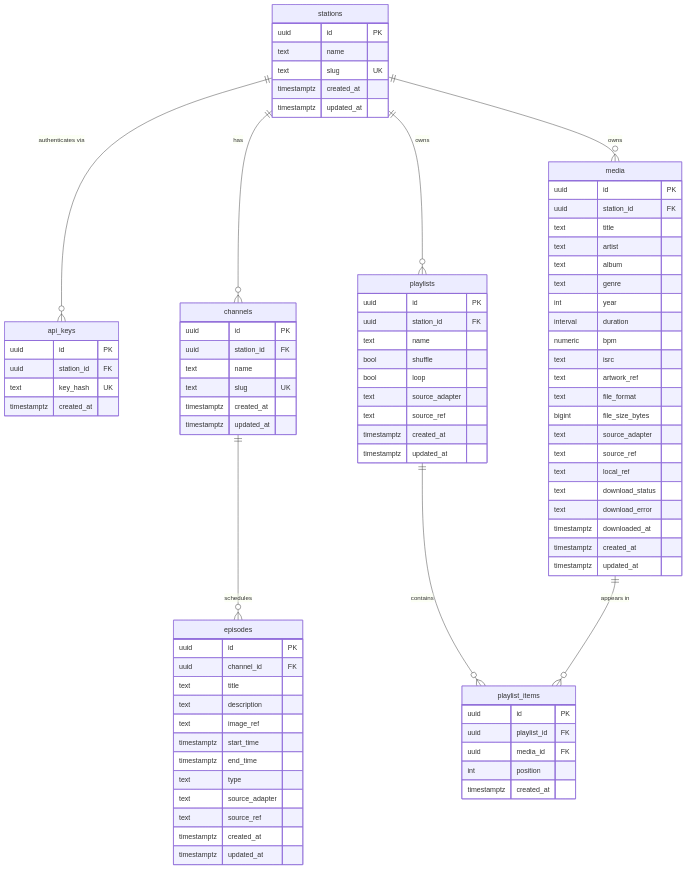
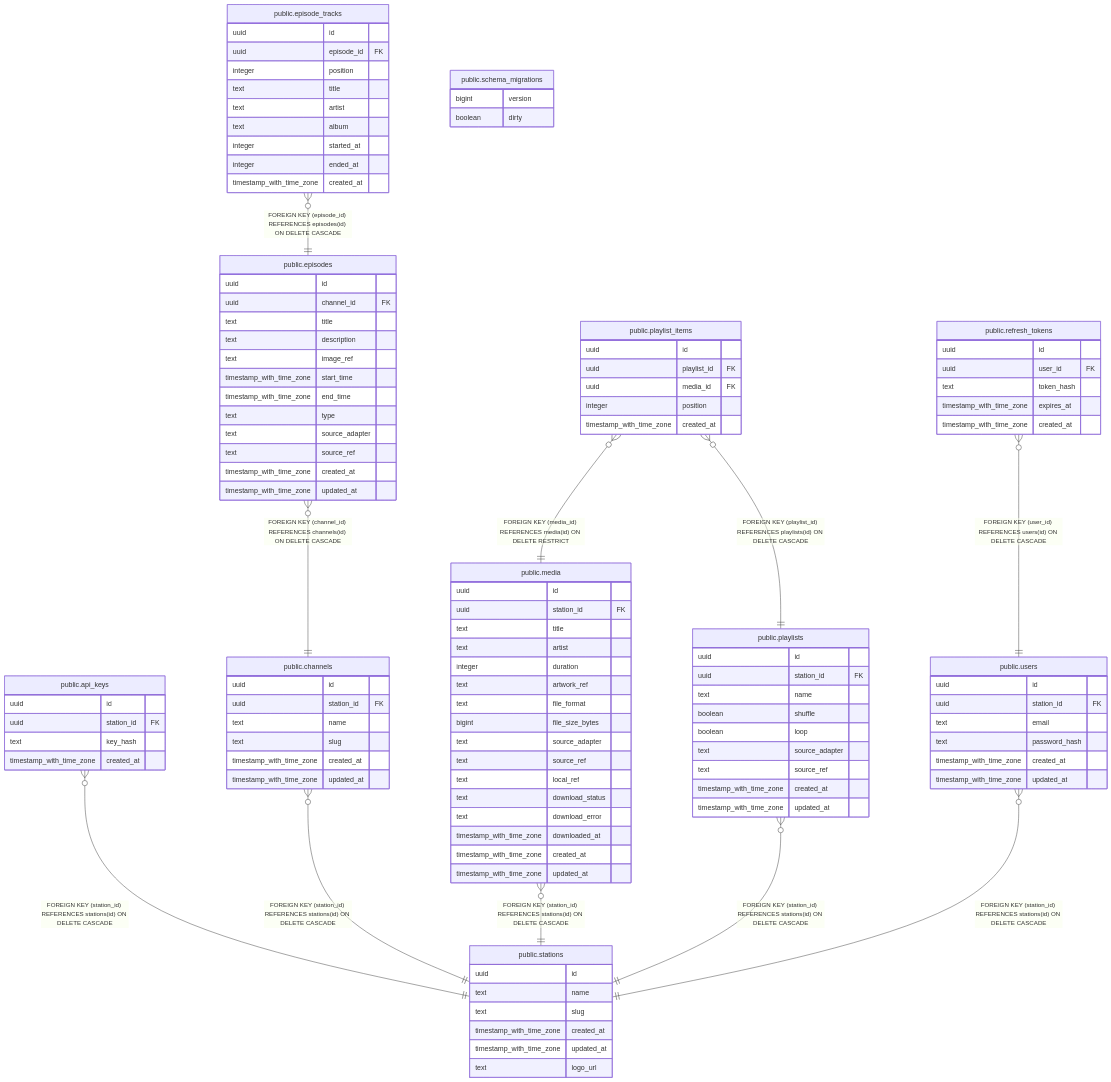
The diagram in api/internal/database/SCHEMA.md (jackmurraybrown/radioooooo), drawn with Mermaid before and after one commit. The commit also changed other lines of this file and 3 other files, not shown here.

Commit message:
generate database diagrams with tbls

````diff
--- a/api/internal/database/SCHEMA.md
+++ b/api/internal/database/SCHEMA.md
@@ -3,93 +21,117 @@
 ```mermaid
 erDiagram
-    stations {
-        uuid id PK
-        text name
-        text slug UK
-        timestamptz created_at
-        timestamptz updated_at
-    }
 
-    api_keys {
-        uuid id PK
-        uuid station_id FK
-        text key_hash UK
-        timestamptz created_at
-    }
+"public.api_keys" }o--|| "public.stations" : "FOREIGN KEY (station_id) REFERENCES stations(id) ON DELETE CASCADE"
+"public.channels" }o--|| "public.stations" : "FOREIGN KEY (station_id) REFERENCES stations(id) ON DELETE CASCADE"
+"public.episodes" }o--|| "public.channels" : "FOREIGN KEY (channel_id) REFERENCES channels(id) ON DELETE CASCADE"
+"public.media" }o--|| "public.stations" : "FOREIGN KEY (station_id) REFERENCES stations(id) ON DELETE CASCADE"
+"public.playlists" }o--|| "public.stations" : "FOREIGN KEY (station_id) REFERENCES stations(id) ON DELETE CASCADE"
+"public.playlist_items" }o--|| "public.media" : "FOREIGN KEY (media_id) REFERENCES media(id) ON DELETE RESTRICT"
+"public.playlist_items" }o--|| "public.playlists" : "FOREIGN KEY (playlist_id) REFERENCES playlists(id) ON DELETE CASCADE"
+"public.episode_tracks" }o--|| "public.episodes" : "FOREIGN KEY (episode_id) REFERENCES episodes(id) ON DELETE CASCADE"
+"public.users" }o--|| "public.stations" : "FOREIGN KEY (station_id) REFERENCES stations(id) ON DELETE CASCADE"
+"public.refresh_tokens" }o--|| "public.users" : "FOREIGN KEY (user_id) REFERENCES users(id) ON DELETE CASCADE"
 
-    channels {
-        uuid id PK
-        uuid station_id FK
-        text name
-        text slug UK
-        timestamptz created_at
-        timestamptz updated_at
-    }
-
-    episodes {
-        uuid id PK
-        uuid channel_id FK
-        text title
-        text description
-        text image_ref
-        timestamptz start_time
-        timestamptz end_time
-        text type
-        text source_adapter
-        text source_ref
-        timestamptz created_at
-        timestamptz updated_at
-    }
-
-    media {
-        uuid id PK
-        uuid station_id FK
-        text title
-        text artist
-        text album
-        text genre
-        int year
-        interval duration
-        numeric bpm
-        text isrc
-        text artwork_ref
-        text file_format
-        bigint file_size_bytes
-        text source_adapter
-        text source_ref
-        text local_ref
-        text download_status
-        text download_error
-        timestamptz downloaded_at
-        timestamptz created_at
-        timestamptz updated_at
-    }
-
-    playlists {
-        uuid id PK
-        uuid station_id FK
-        text name
-        bool shuffle
-        bool loop
-        text source_adapter
-        text source_ref
-        timestamptz created_at
-        timestamptz updated_at
-    }
-
-    playlist_items {
-        uuid id PK
-        uuid playlist_id FK
-        uuid media_id FK
-        int position
-        timestamptz created_at
-    }
-
-    stations ||--o{ api_keys : "authenticates via"
-    stations ||--o{ channels : "has"
-    stations ||--o{ media : "owns"
-    stations ||--o{ playlists : "owns"
-    channels ||--o{ episodes : "schedules"
-    playlists ||--o{ playlist_items : "contains"
-    media ||--o{ playlist_items : "appears in"
+"public.schema_migrations" {
+  bigint version ""
+  boolean dirty ""
+}
+"public.stations" {
+  uuid id ""
+  text name ""
+  text slug ""
+  timestamp_with_time_zone created_at ""
+  timestamp_with_time_zone updated_at ""
+  text logo_url ""
+}
+"public.api_keys" {
+  uuid id ""
+  uuid station_id FK ""
+  text key_hash ""
+  timestamp_with_time_zone created_at ""
+}
+"public.channels" {
+  uuid id ""
+  uuid station_id FK ""
+  text name ""
+  text slug ""
+  timestamp_with_time_zone created_at ""
+  timestamp_with_time_zone updated_at ""
+}
+"public.episodes" {
+  uuid id ""
+  uuid channel_id FK ""
+  text title ""
+  text description ""
+  text image_ref ""
+  timestamp_with_time_zone start_time ""
+  timestamp_with_time_zone end_time ""
+  text type ""
+  text source_adapter ""
+  text source_ref ""
+  timestamp_with_time_zone created_at ""
+  timestamp_with_time_zone updated_at ""
+}
+"public.media" {
+  uuid id ""
+  uuid station_id FK ""
+  text title ""
+  text artist ""
+  integer duration ""
+  text artwork_ref ""
+  text file_format ""
+  bigint file_size_bytes ""
+  text source_adapter ""
+  text source_ref ""
+  text local_ref ""
+  text download_status ""
+  text download_error ""
+  timestamp_with_time_zone downloaded_at ""
+  timestamp_with_time_zone created_at ""
+  timestamp_with_time_zone updated_at ""
+}
+"public.playlists" {
+  uuid id ""
+  uuid station_id FK ""
+  text name ""
+  boolean shuffle ""
+  boolean loop ""
+  text source_adapter ""
+  text source_ref ""
+  timestamp_with_time_zone created_at ""
+  timestamp_with_time_zone updated_at ""
+}
+"public.playlist_items" {
+  uuid id ""
+  uuid playlist_id FK ""
+  uuid media_id FK ""
+  integer position ""
+  timestamp_with_time_zone created_at ""
+}
+"public.episode_tracks" {
+  uuid id ""
+  uuid episode_id FK ""
+  integer position ""
+  text title ""
+  text artist ""
+  text album ""
+  integer started_at ""
+  integer ended_at ""
+  timestamp_with_time_zone created_at ""
+}
+"public.users" {
+  uuid id ""
+  uuid station_id FK ""
+  text email ""
+  text password_hash ""
+  timestamp_with_time_zone created_at ""
+  timestamp_with_time_zone updated_at ""
+}
+"public.refresh_tokens" {
+  uuid id ""
+  uuid user_id FK ""
+  text token_hash ""
+  timestamp_with_time_zone expires_at ""
+  timestamp_with_time_zone created_at ""
+}
 ```
````
